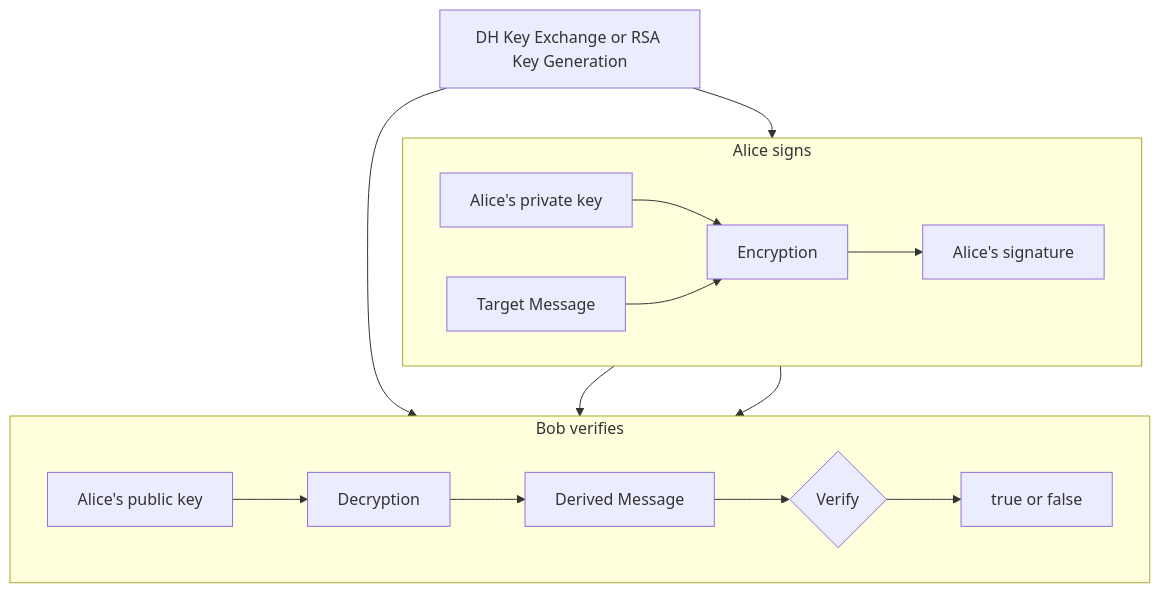
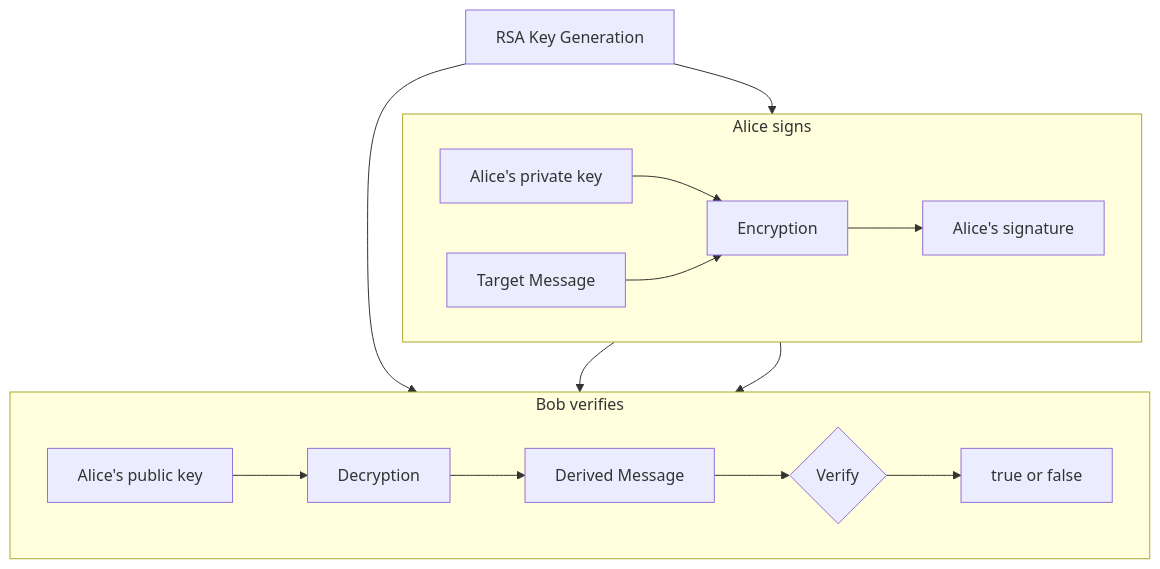
The fourth of 4 diagrams in docs/cryptography/101.md (athomasliz/Notesaurus), drawn with Mermaid before and after one commit.

Commit message:
ECDH is not for signing.

````diff
--- a/docs/cryptography/101.md
+++ b/docs/cryptography/101.md
@@ -185,20 +185,20 @@
   ```mermaid
     flowchart TD;        
-        keyExchange[DH Key Exchange or RSA Key Generation]-->publicKey[Alice's public key]
+        keyExchange[RSA Key Generation]-->publicKey[Alice's public key]
         keyExchange-->privateKey[Alice's private key]        
         subgraph Alice signs
           direction LR
           privateKey-->sign[Encryption];
           targetMessage[Target Message]-->sign;
           sign-->signature[Alice's signature];
         end
         subgraph Bob verifies
           direction LR
           publicKey-->decrypt[Decryption];
           signature-->decrypt;
           decrypt-->derivedMessage[Derived Message];
           derivedMessage-->verify{Verify};
           targetMessage-->verify
           verify-->OutV[true or false];
         end
   ```
````
